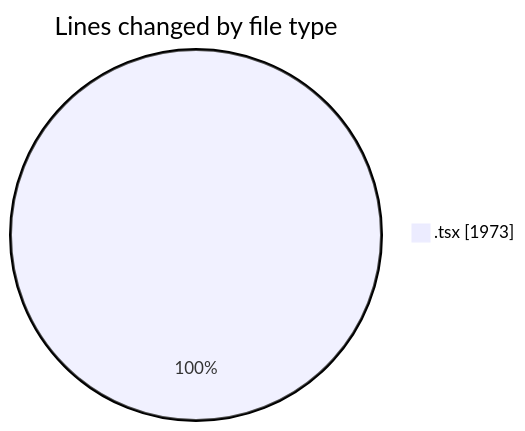
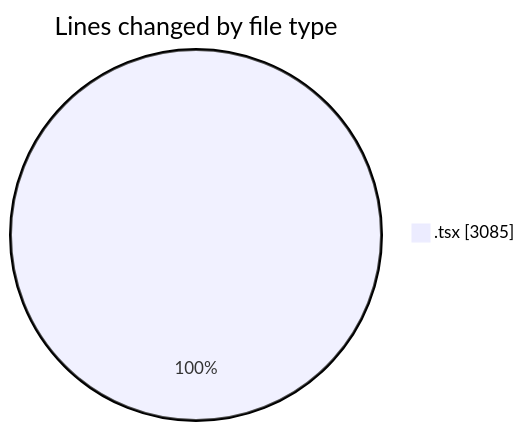
The first of 2 diagrams in 2025-08-21/napxuvn/README.md (lephambinh05/code-tracking), drawn with Mermaid before and after one commit. The commit also changed other lines of this file and 1 other file, not shown here.

````diff
--- a/2025-08-21/napxuvn/README.md
+++ b/2025-08-21/napxuvn/README.md
@@ -27,5 +31,5 @@
 ```mermaid
 pie showData
 title Lines changed by file type
-".tsx" : 1973
+".tsx" : 3085
 ```
````
